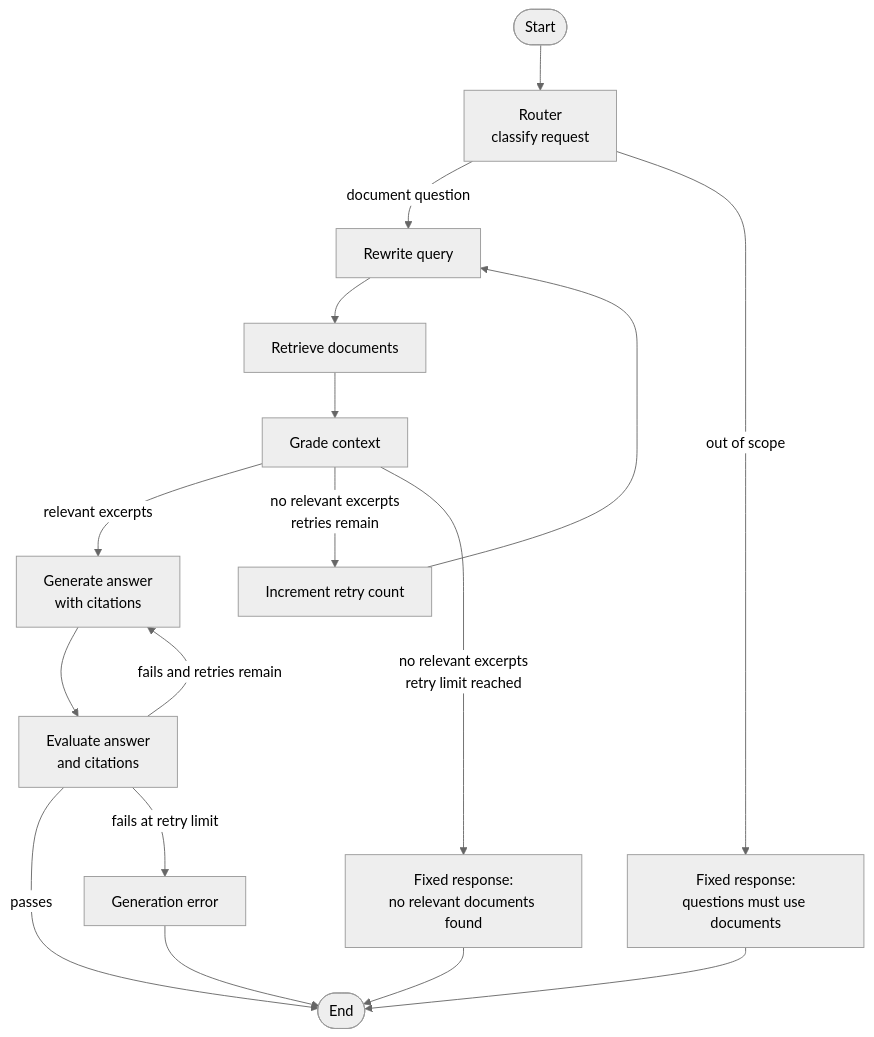
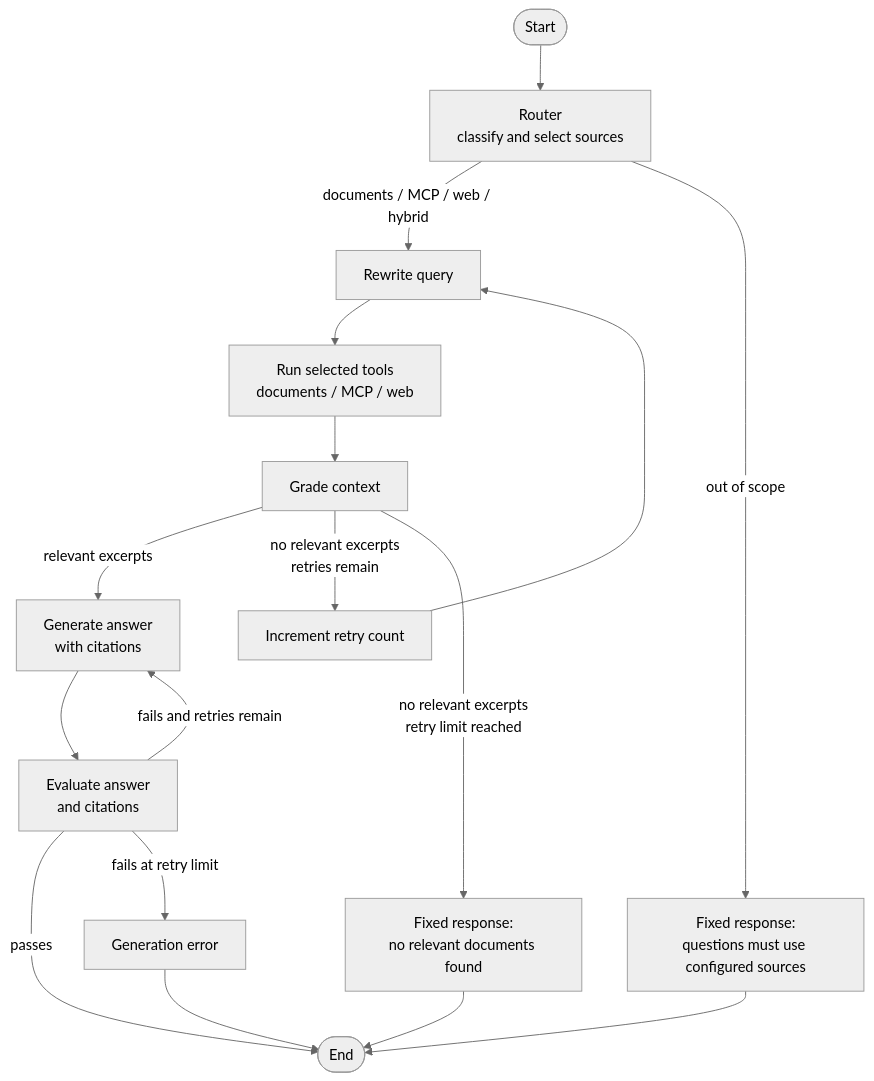
Before and after one commit to Tomas148-M/Agentic-RAG: the diagram in docs/architecture.md, drawn with Mermaid (neutral theme). The commit also changed other lines of this file and 21 other files, not shown here.

Commit message:
MCP, Register of tools, MCP client, desicion making among sources

````diff
--- a/docs/architecture.md
+++ b/docs/architecture.md
@@ -17,24 +17,24 @@
 ```mermaid
 flowchart TD
-    START([Start]) --> ROUTER[Router<br/>classify request]
+    START([Start]) --> ROUTER[Router<br/>classify and select sources]
 
-    ROUTER -->|document question| REWRITE[Rewrite query]
-    ROUTER -->|out of scope| UNSUPPORTED[Fixed response:<br/>questions must use documents]
+    ROUTER -->|documents / MCP / web / hybrid| REWRITE[Rewrite query]
+    ROUTER -->|out of scope| UNSUPPORTED[Fixed response:<br/>questions must use configured sources]
 
-    REWRITE --> RETRIEVE[Retrieve documents]
+    REWRITE --> RETRIEVE[Run selected tools<br/>documents / MCP / web]
     RETRIEVE --> GRADE[Grade context]
 
     GRADE -->|relevant excerpts| GENERATE[Generate answer<br/>with citations]
     GRADE -->|no relevant excerpts<br/>retries remain| RETRY[Increment retry count]
     RETRY --> REWRITE
     GRADE -->|no relevant excerpts<br/>retry limit reached| NO_CONTEXT[Fixed response:<br/>no relevant documents found]
 
     GENERATE --> EVALUATE[Evaluate answer<br/>and citations]
     EVALUATE -->|passes| END([End])
     EVALUATE -->|fails and retries remain| GENERATE
     EVALUATE -->|fails at retry limit| FAIL[Generation error]
 
     UNSUPPORTED --> END
     NO_CONTEXT --> END
     FAIL --> END
 ```
````
